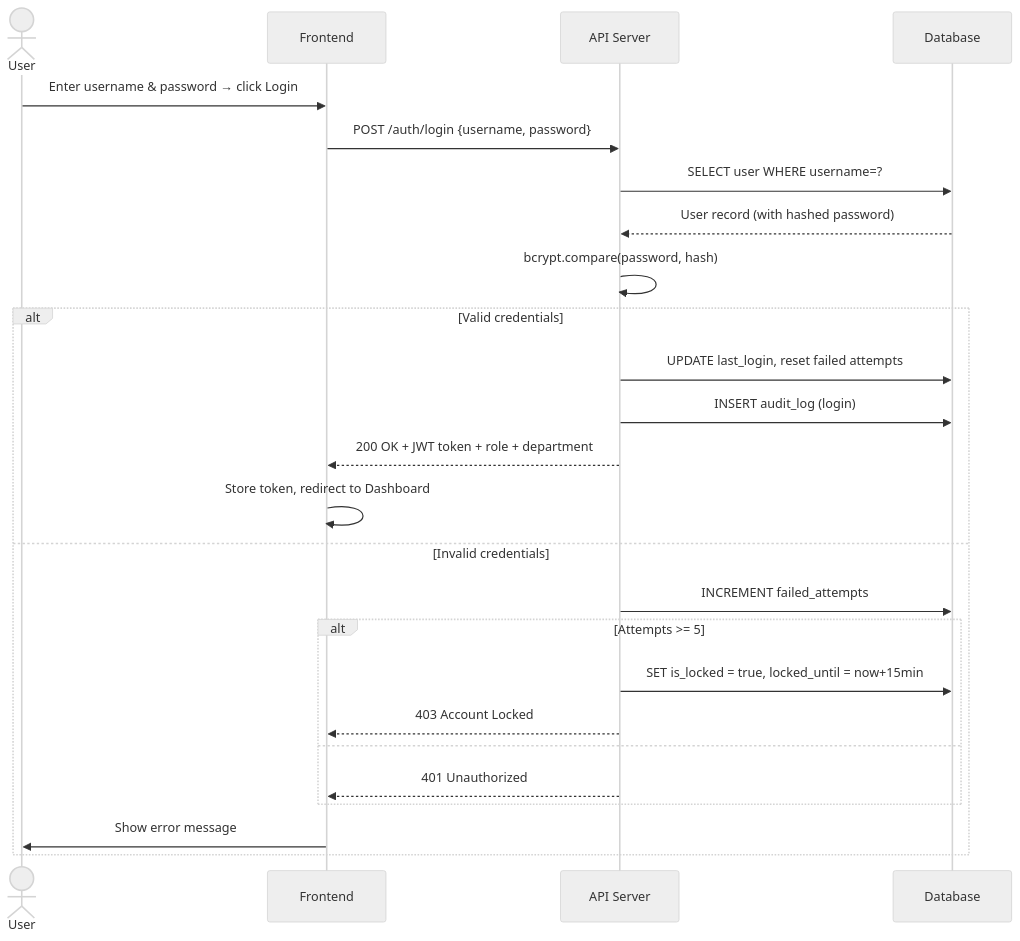
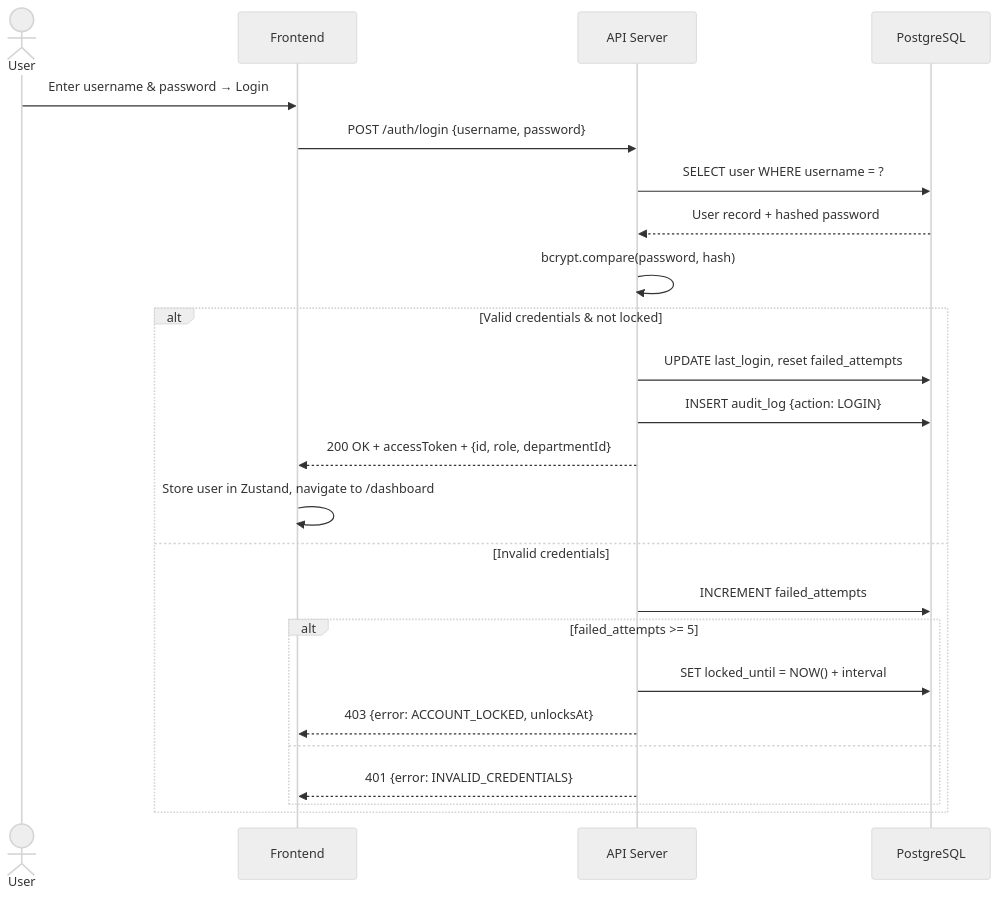
One commit to MoKenawy/Diagram-management-System changed the fifth of 12 diagrams in README.md. Above: the diagram before and after it, drawn with Mermaid (neutral theme). The commit also changed other lines of this file, not shown here.

````diff
--- a/README.md
+++ b/README.md
@@ -452,28 +486,28 @@
 ```mermaid
 sequenceDiagram
     actor U as User
     participant FE as Frontend
     participant API as API Server
-    participant DB as Database
+    participant DB as PostgreSQL
 
-    U->>FE: Enter username & password → click Login
+    U->>FE: Enter username & password → Login
     FE->>API: POST /auth/login {username, password}
-    API->>DB: SELECT user WHERE username=?
-    DB-->>API: User record (with hashed password)
+    API->>DB: SELECT user WHERE username = ?
+    DB-->>API: User record + hashed password
     API->>API: bcrypt.compare(password, hash)
-    alt Valid credentials
-        API->>DB: UPDATE last_login, reset failed attempts
-        API->>DB: INSERT audit_log (login)
-        API-->>FE: 200 OK + JWT token + role + department
-        FE->>FE: Store token, redirect to Dashboard
+
+    alt Valid credentials & not locked
+        API->>DB: UPDATE last_login, reset failed_attempts
+        API->>DB: INSERT audit_log {action: LOGIN}
+        API-->>FE: 200 OK + accessToken + {id, role, departmentId}
+        FE->>FE: Store user in Zustand, navigate to /dashboard
     else Invalid credentials
         API->>DB: INCREMENT failed_attempts
-        alt Attempts >= 5
-            API->>DB: SET is_locked = true, locked_until = now+15min
-            API-->>FE: 403 Account Locked
+        alt failed_attempts >= 5
+            API->>DB: SET locked_until = NOW() + interval
+            API-->>FE: 403 {error: ACCOUNT_LOCKED, unlocksAt}
         else
-            API-->>FE: 401 Unauthorized
+            API-->>FE: 401 {error: INVALID_CREDENTIALS}
         end
-        FE->>U: Show error message
     end
 ```
````
